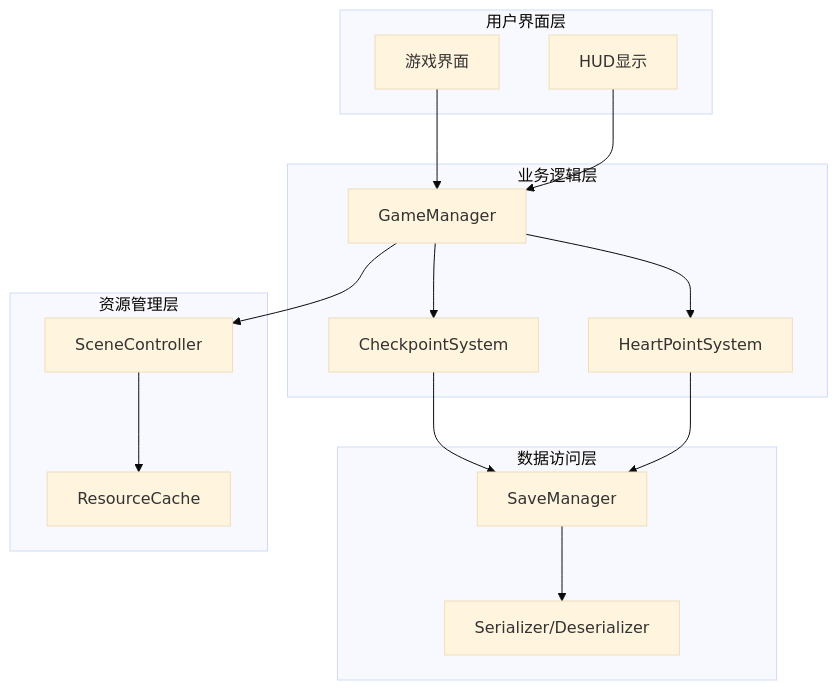
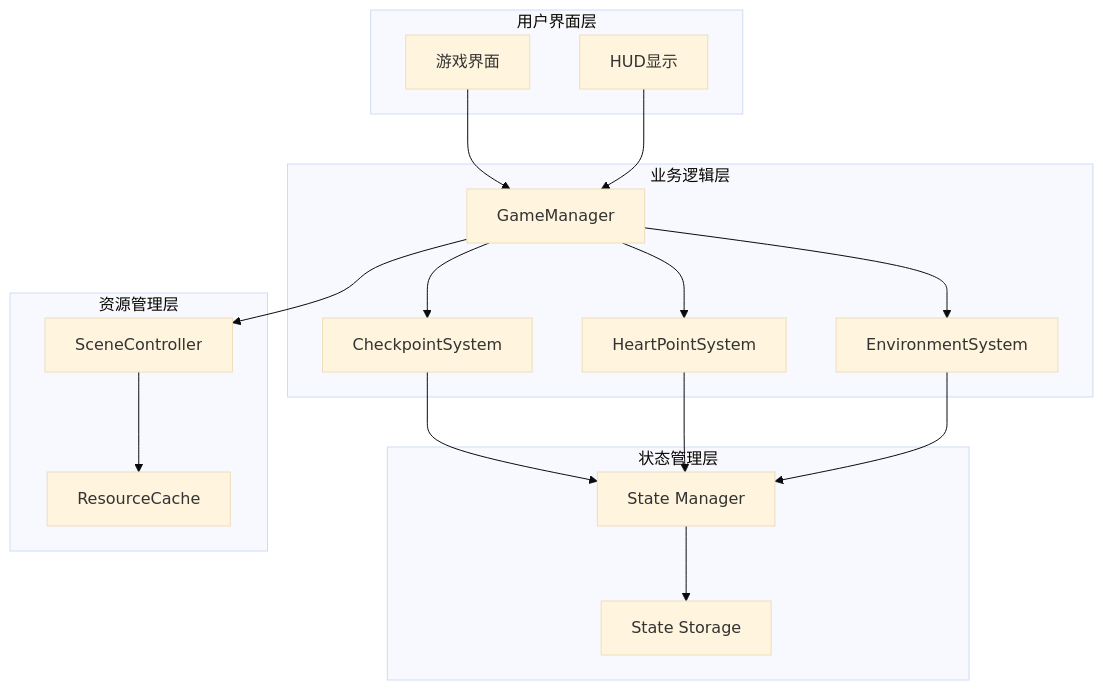
Before and after one commit to godotline/godot-line: the second of 5 diagrams in .qoder/repowiki/zh/content/游戏系统/触发器系统/检查点系统.md, drawn with Mermaid (base theme). The commit also changed other lines of this file and 28 other files, not shown here.

````diff
--- a/.qoder/repowiki/zh/content/游戏系统/触发器系统/检查点系统.md
+++ b/.qoder/repowiki/zh/content/游戏系统/触发器系统/检查点系统.md
@@ -102,29 +134,32 @@
 ```mermaid
 graph TB
 subgraph "用户界面层"
 UI[游戏界面]
 HUD[HUD显示]
 end
 subgraph "业务逻辑层"
 GM[GameManager]
 CP[CheckpointSystem]
 HP[HeartPointSystem]
+ES[EnvironmentSystem]
 end
-subgraph "数据访问层"
-SM[SaveManager]
-SD[Serializer/Deserializer]
+subgraph "状态管理层"
+State[State Manager]
+SS[State Storage]
 end
 subgraph "资源管理层"
 SC[SceneController]
 RC[ResourceCache]
 end
 UI --> GM
 HUD --> GM
 GM --> CP
 GM --> HP
-CP --> SM
-HP --> SM
-SM --> SD
+GM --> ES
+CP --> State
+HP --> State
+ES --> State
+State --> SS
 GM --> SC
 SC --> RC
 ```
````
